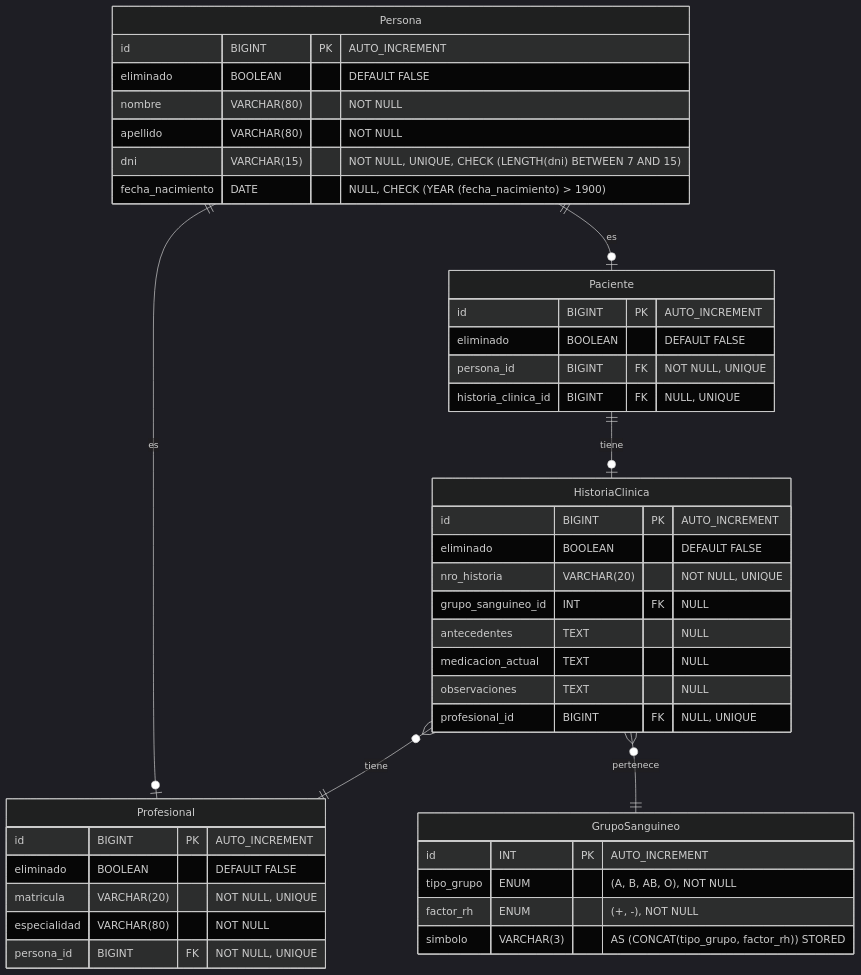
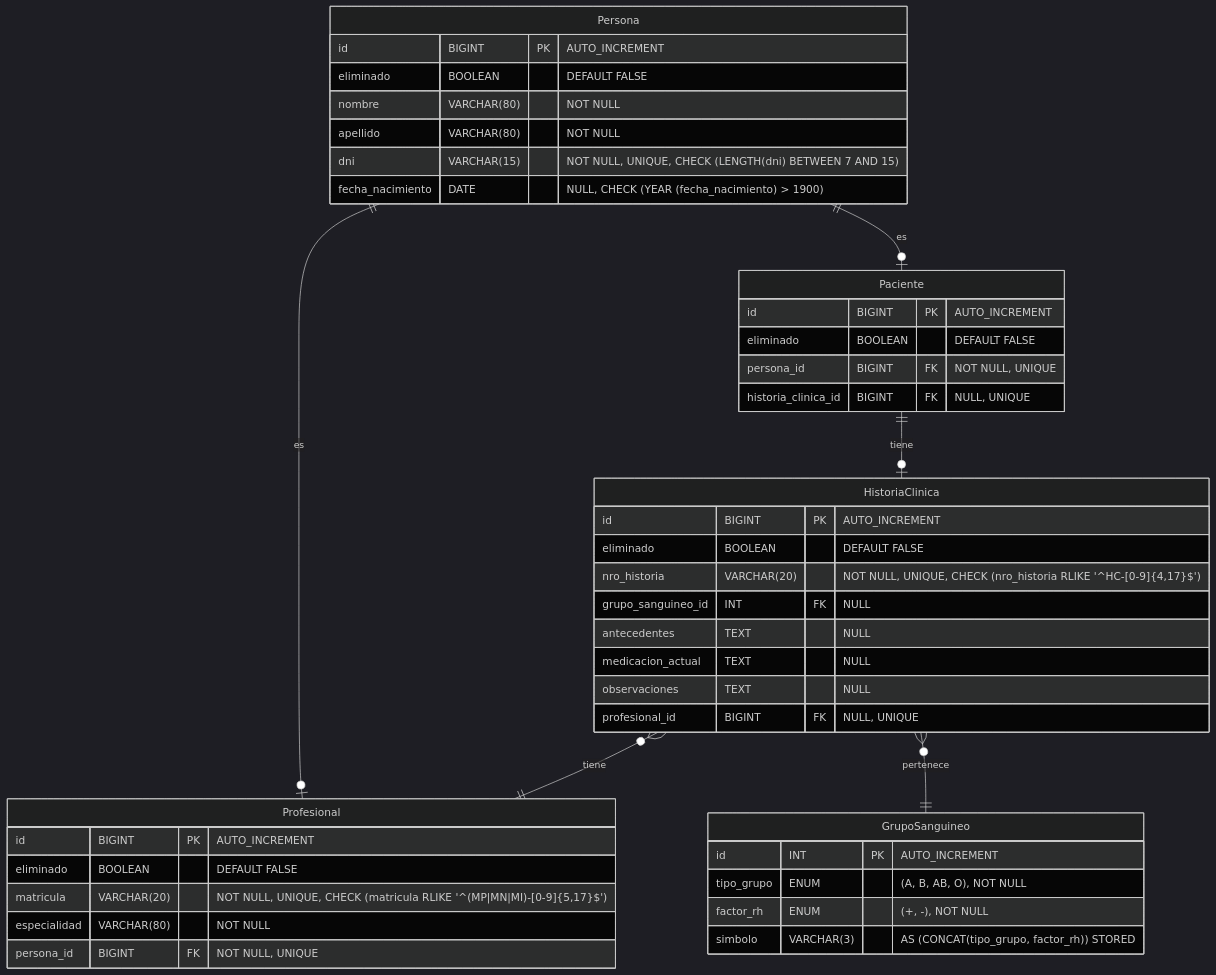
The second of 2 diagrams in README.md (Gerolupo12/paciente-historia-cliente), drawn with Mermaid (dark theme) before and after one commit. The commit also changed other lines of this file and 18 other files, not shown here.

````diff
--- a/README.md
+++ b/README.md
@@ -200,51 +199,50 @@
 ```mermaid
 erDiagram
-    direction TB
     Persona {
         id BIGINT PK "AUTO_INCREMENT"
         eliminado BOOLEAN "DEFAULT FALSE"
         nombre VARCHAR(80) "NOT NULL"
         apellido VARCHAR(80) "NOT NULL"
         dni VARCHAR(15) "NOT NULL, UNIQUE, CHECK (LENGTH(dni) BETWEEN 7 AND 15)"
         fecha_nacimiento DATE "NULL, CHECK (YEAR (fecha_nacimiento) > 1900)"
     }
 
     Paciente {
         id BIGINT PK "AUTO_INCREMENT"
         eliminado BOOLEAN "DEFAULT FALSE"
         persona_id BIGINT FK "NOT NULL, UNIQUE"
         historia_clinica_id BIGINT FK "NULL, UNIQUE"
     }
 
     Profesional {
         id BIGINT PK "AUTO_INCREMENT"
         eliminado BOOLEAN "DEFAULT FALSE"
-        matricula VARCHAR(20) "NOT NULL, UNIQUE"
+        matricula VARCHAR(20) "NOT NULL, UNIQUE, CHECK (matricula RLIKE '^(MP|MN|MI)-[0-9]{5,17}$')"
         especialidad VARCHAR(80) "NOT NULL"
         persona_id BIGINT FK "NOT NULL, UNIQUE"
     }
 
     HistoriaClinica {
         id BIGINT PK "AUTO_INCREMENT"
         eliminado BOOLEAN "DEFAULT FALSE"
-        nro_historia VARCHAR(20) "NOT NULL, UNIQUE"
+        nro_historia VARCHAR(20) "NOT NULL, UNIQUE, CHECK (nro_historia RLIKE '^HC-[0-9]{4,17}$')"
         grupo_sanguineo_id INT FK "NULL"
         antecedentes TEXT "NULL"
         medicacion_actual TEXT "NULL"
         observaciones TEXT "NULL"
         profesional_id BIGINT FK "NULL, UNIQUE"
     }
 
     GrupoSanguineo {
         id INT PK "AUTO_INCREMENT"
         tipo_grupo ENUM "(A, B, AB, O), NOT NULL"
         factor_rh ENUM "(+, -), NOT NULL"
         simbolo VARCHAR(3) "AS (CONCAT(tipo_grupo, factor_rh)) STORED"
     }
 
     Persona ||--o| Paciente : "es"
     Persona ||--o| Profesional : "es"
     Paciente ||--o| HistoriaClinica : "tiene"
     HistoriaClinica }o--|| Profesional : "tiene"
     HistoriaClinica }o--|| GrupoSanguineo : "pertenece"
 ```
````
